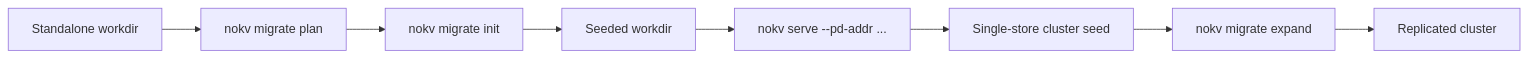
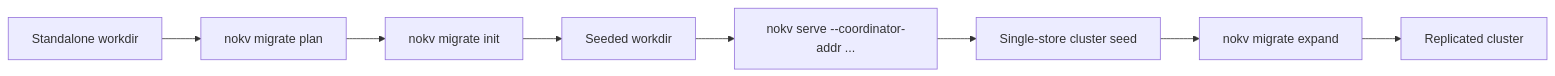
Before and after one commit to feichai0017/NoKV: the first of 2 diagrams in docs/migration.md, drawn with Mermaid. The commit also changed other lines of this file and 118 other files, not shown here.

````diff
--- a/docs/migration.md
+++ b/docs/migration.md
@@ -65,10 +65,10 @@
 ```mermaid
 flowchart LR
     A["Standalone workdir"] --> B["nokv migrate plan"]
     B --> C["nokv migrate init"]
     C --> D["Seeded workdir"]
-    D --> E["nokv serve --pd-addr ..."]
+    D --> E["nokv serve --coordinator-addr ..."]
     E --> F["Single-store cluster seed"]
     F --> G["nokv migrate expand"]
     G --> H["Replicated cluster"]
 ```
````
